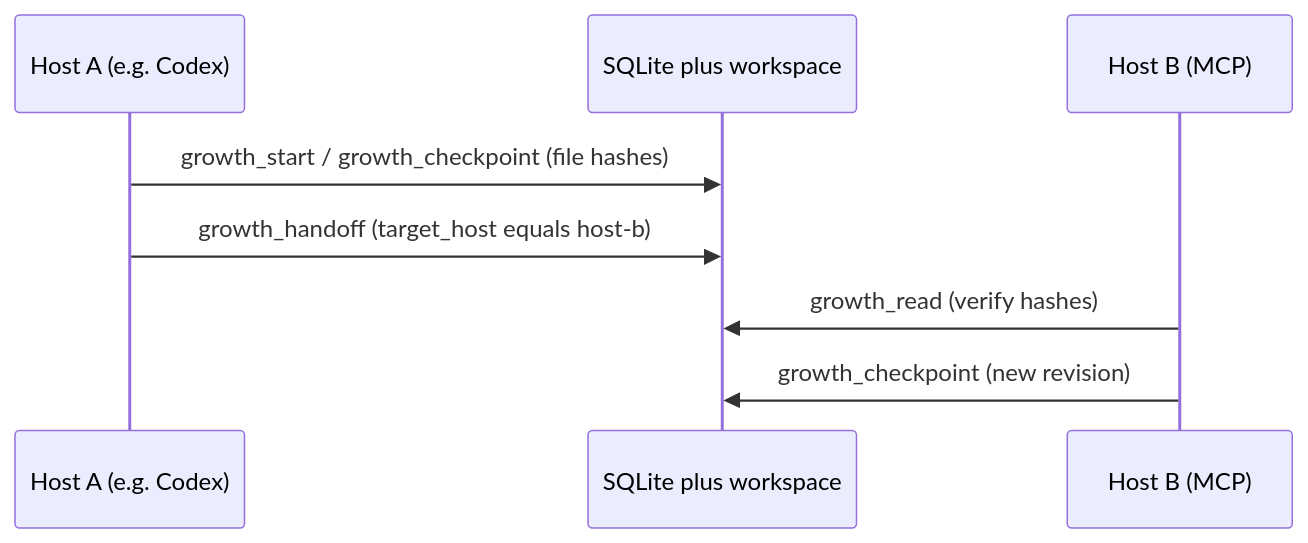
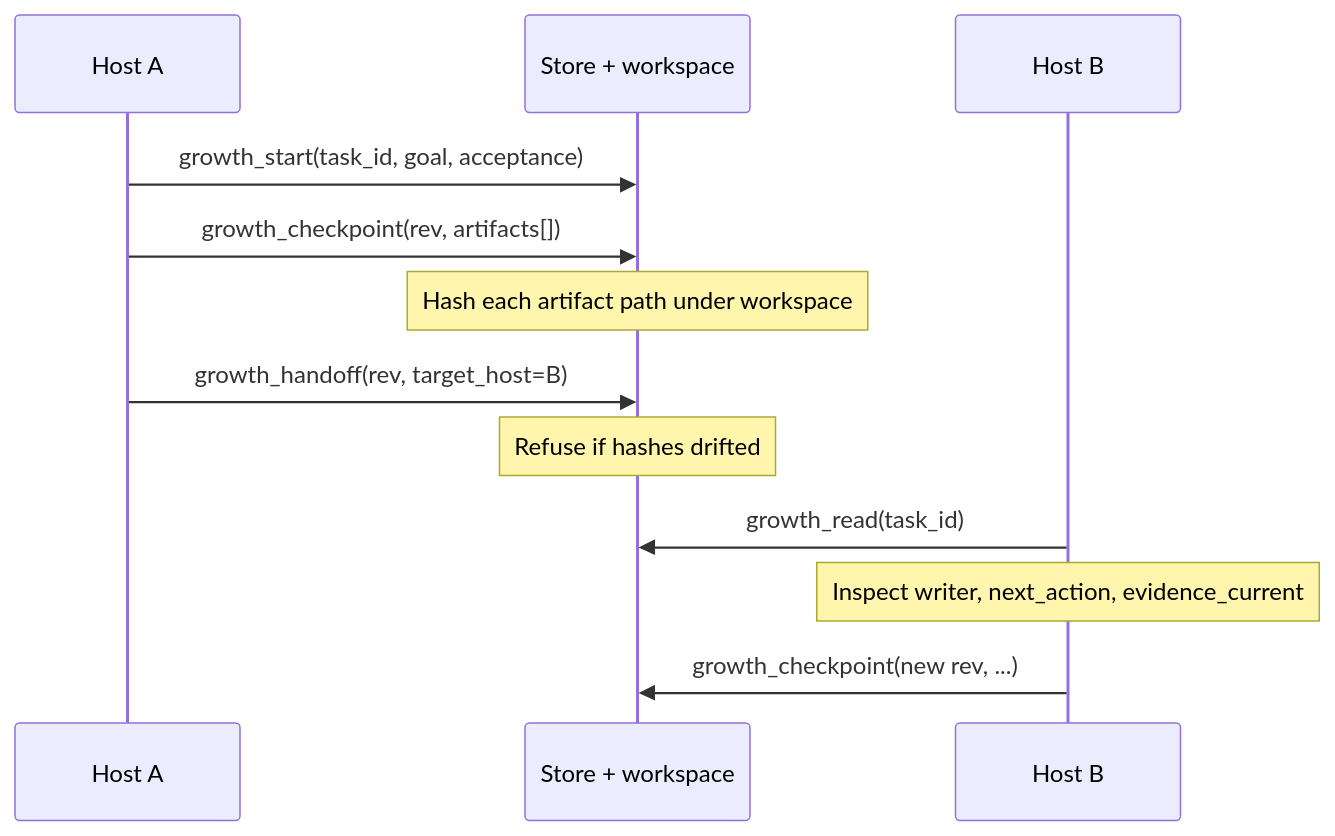
Before and after one commit to KarmenLoop/personal-agent-growth: the fourth of 4 diagrams in README.md, drawn with Mermaid. The commit also changed other lines of this file and 1 other file, not shown here.

Commit message:
docs: refresh README for clarity, FAQ, and architecture

````diff
--- a/README.md
+++ b/README.md
@@ -89,10 +135,14 @@
 ```mermaid
 sequenceDiagram
-  participant A as Host A (e.g. Codex)
-  participant S as SQLite plus workspace
-  participant B as Host B (MCP)
-  A->>S: growth_start / growth_checkpoint (file hashes)
-  A->>S: growth_handoff (target_host equals host-b)
-  B->>S: growth_read (verify hashes)
-  B->>S: growth_checkpoint (new revision)
+  participant A as Host A
+  participant S as Store + workspace
+  participant B as Host B
+  A->>S: growth_start(task_id, goal, acceptance)
+  A->>S: growth_checkpoint(rev, artifacts[])
+  Note over S: Hash each artifact path under workspace
+  A->>S: growth_handoff(rev, target_host=B)
+  Note over S: Refuse if hashes drifted
+  B->>S: growth_read(task_id)
+  Note over B: Inspect writer, next_action, evidence_current
+  B->>S: growth_checkpoint(new rev, ...)
 ```
````
